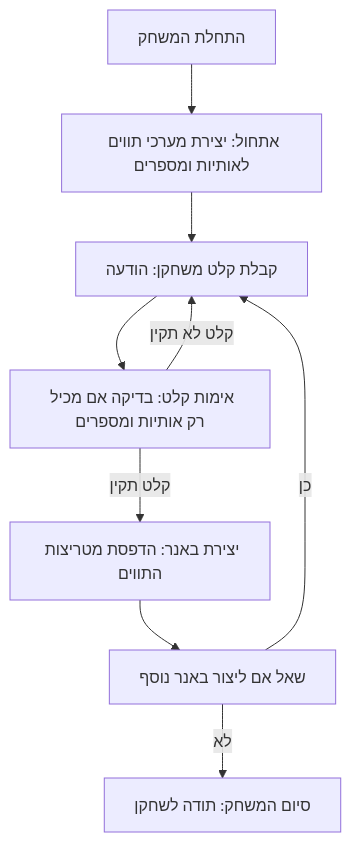
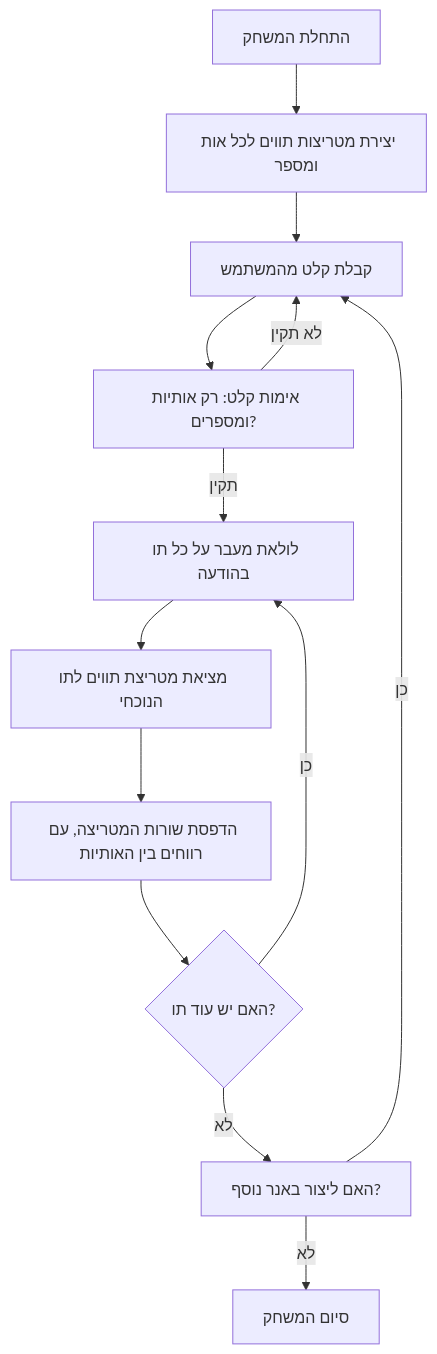
The diagram in docs/gemini/he/explainer/src/endpoints/ai_games/101_basic_computer_games/ru/rules/6_banner.ru.md.md (hypo69/hypo), drawn with Mermaid before and after one commit. The commit also changed other lines of this file and 885 other files, not shown here.

````diff
--- a/docs/gemini/he/explainer/src/endpoints/ai_games/101_basic_computer_games/ru/rules/6_banner.ru.md.md
+++ b/docs/gemini/he/explainer/src/endpoints/ai_games/101_basic_computer_games/ru/rules/6_banner.ru.md.md
@@ -37,11 +40,15 @@
 ```mermaid
 flowchart TD
-    Start[התחלת המשחק] --> Initialize[אתחול: יצירת מערכי תווים לאותיות ומספרים];
-    Initialize --> GetInput[קבלת קלט משחקן: הודעה];
-    GetInput --> ValidateInput[אימות קלט: בדיקה אם מכיל רק אותיות ומספרים];
-    ValidateInput -- קלט לא תקין --> GetInput;
-    ValidateInput -- קלט תקין --> CreateBanner[יצירת באנר: הדפסת מטריצות התווים];
-    CreateBanner --> AskAgain[שאל אם ליצור באנר נוסף];
-    AskAgain -- כן --> GetInput;
-    AskAgain -- לא --> End[סיום המשחק: תודה לשחקן];
+    Start[התחלת המשחק] --> Init[יצירת מטריצות תווים לכל אות ומספר];
+    Init --> Input[קבלת קלט מהמשתמש];
+    Input --> Validate[אימות קלט: רק אותיות ומספרים?];
+    Validate -- לא תקין --> Input;
+    Validate -- תקין --> LoopStart[לולאת מעבר על כל תו בהודעה];
+    LoopStart --> GetCharMatrix[מציאת מטריצת תווים לתו הנוכחי];
+    GetCharMatrix --> PrintMatrixRows[הדפסת שורות המטריצה, עם רווחים בין האותיות];
+    PrintMatrixRows --> LoopEnd{האם יש עוד תו?};
+    LoopEnd -- כן --> LoopStart;
+    LoopEnd -- לא --> AskToContinue[האם ליצור באנר נוסף?];
+    AskToContinue -- כן --> Input;
+    AskToContinue -- לא --> End[סיום המשחק];
 ```
````
